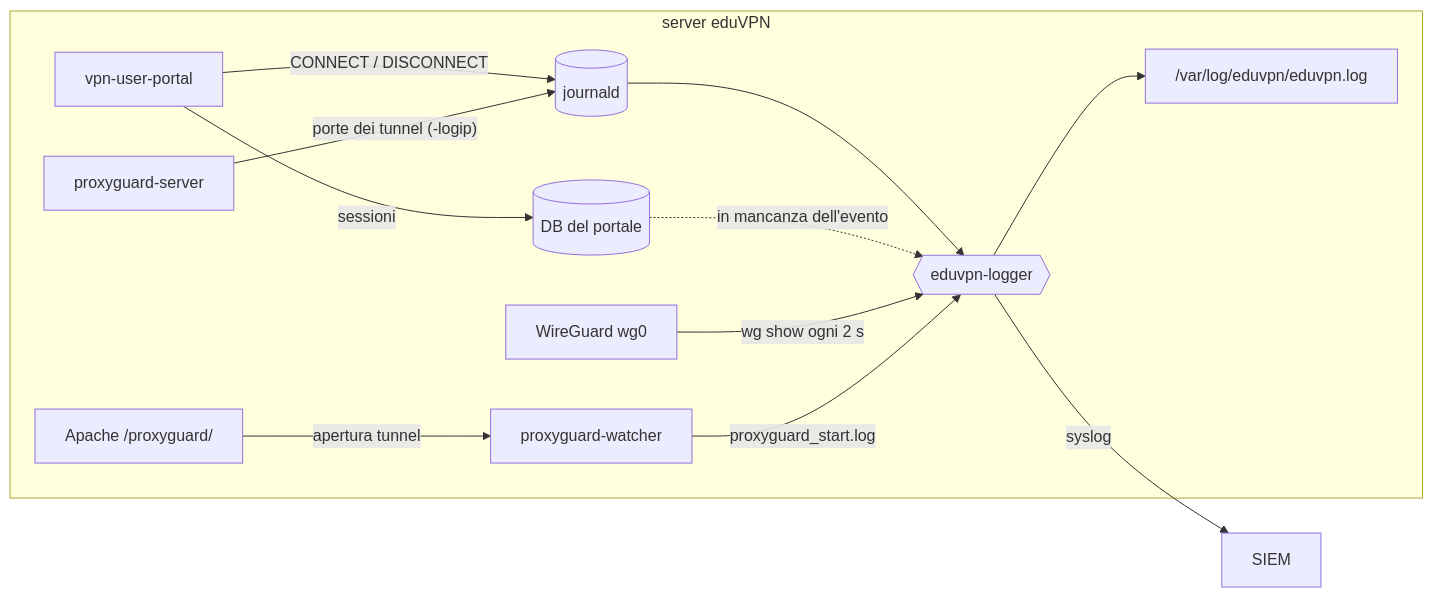
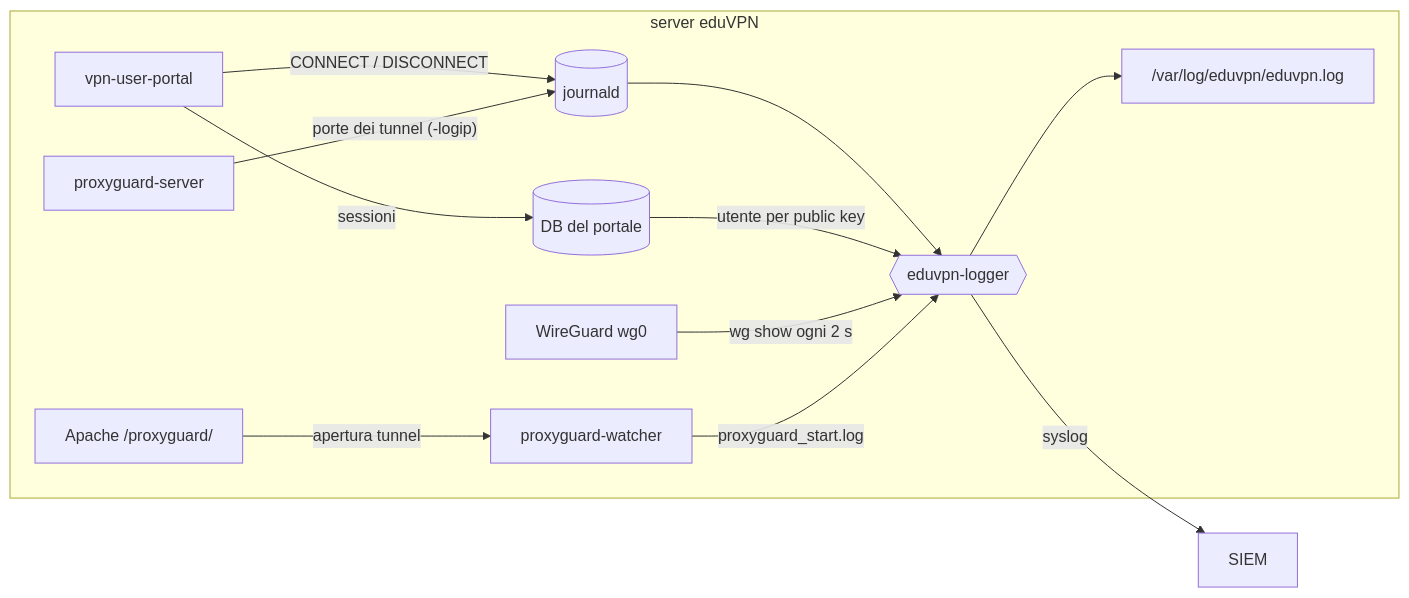
One commit to giacomocamata/eduvpn-logger changed the first of 2 diagrams in README.it.md. Above: the diagram before and after it, drawn with Mermaid. The commit also changed other lines of this file and 4 other files, not shown here.

````diff
--- a/README.it.md
+++ b/README.it.md
@@ -152,16 +152,16 @@
 ```mermaid
 flowchart LR
     subgraph server["server eduVPN"]
         portal["vpn-user-portal"] -->|"CONNECT / DISCONNECT"| journal[("journald")]
         portal -->|"sessioni"| db[("DB del portale")]
         apache["Apache /proxyguard/"] -->|"apertura tunnel"| watcher["proxyguard-watcher"]
         pgs["proxyguard-server"] -->|"porte dei tunnel (-logip)"| journal
         wg["WireGuard wg0"]
         journal --> logger{{"eduvpn-logger"}}
-        db -.->|"in mancanza dell'evento"| logger
+        db -->|"utente per public key"| logger
         wg -->|"wg show ogni 2 s"| logger
         watcher -->|"proxyguard_start.log"| logger
         logger --> file["/var/log/eduvpn/eduvpn.log"]
     end
     logger -->|"syslog"| siem["SIEM"]
 ```
````
